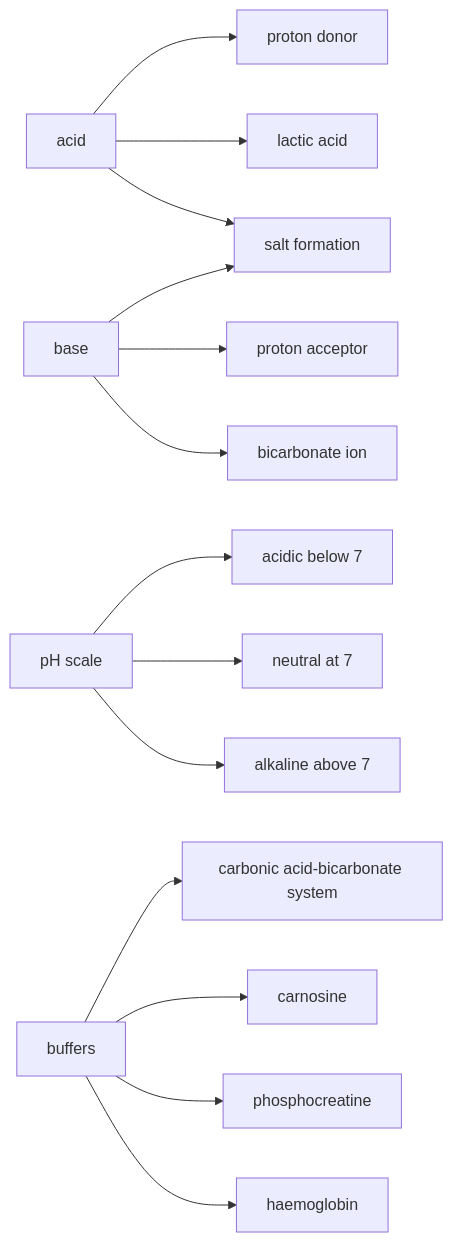
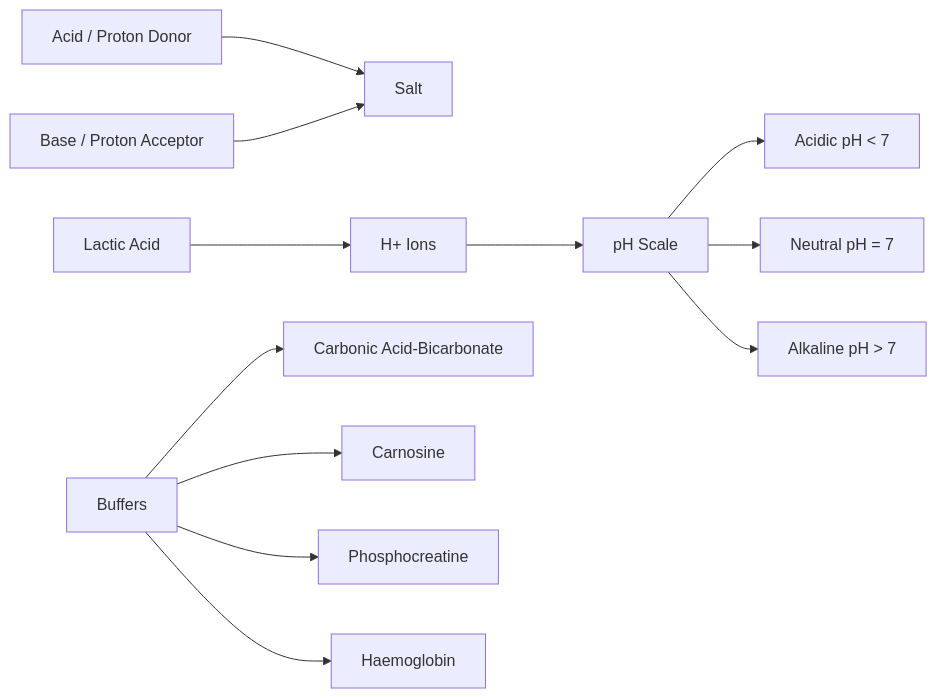
Before and after one commit to shosho-chang/nakama: the ninth of 13 diagrams in tests/fixtures/golden/bse-ch3-expected/bse-ch3.md, drawn with Mermaid. The commit also changed other lines of this file and 150 other files, not shown here.

````diff
--- a/tests/fixtures/golden/bse-ch3-expected/bse-ch3.md
+++ b/tests/fixtures/golden/bse-ch3-expected/bse-ch3.md
@@ -1066,16 +1066,14 @@
 ```mermaid
 flowchart LR
-  A[acid] --> B[proton donor]
-  A --> C[lactic acid]
-  D[base] --> E[proton acceptor]
-  D --> F[bicarbonate ion]
-  A --> G[salt formation]
-  D --> G
-  H[pH scale] --> I[acidic below 7]
-  H --> J[neutral at 7]
-  H --> K[alkaline above 7]
-  L[buffers] --> M[carbonic acid-bicarbonate system]
-  L --> N[carnosine]
-  L --> O[phosphocreatine]
-  L --> P[haemoglobin]
+  Acid[Acid / Proton Donor] --> Salt
+  Base[Base / Proton Acceptor] --> Salt
+  HydrogenIons[H+ Ions] --> pHScale[pH Scale]
+  pHScale --> AcidicpH[Acidic pH < 7]
+  pHScale --> NeutralpH[Neutral pH = 7]
+  pHScale --> AlkalinepH[Alkaline pH > 7]
+  Buffers --> CarbonicBicarbonate[Carbonic Acid-Bicarbonate]
+  Buffers --> Carnosine
+  Buffers --> Phosphocreatine
+  Buffers --> Haemoglobin
+  LacticAcid[Lactic Acid] --> HydrogenIons
 ```
````
